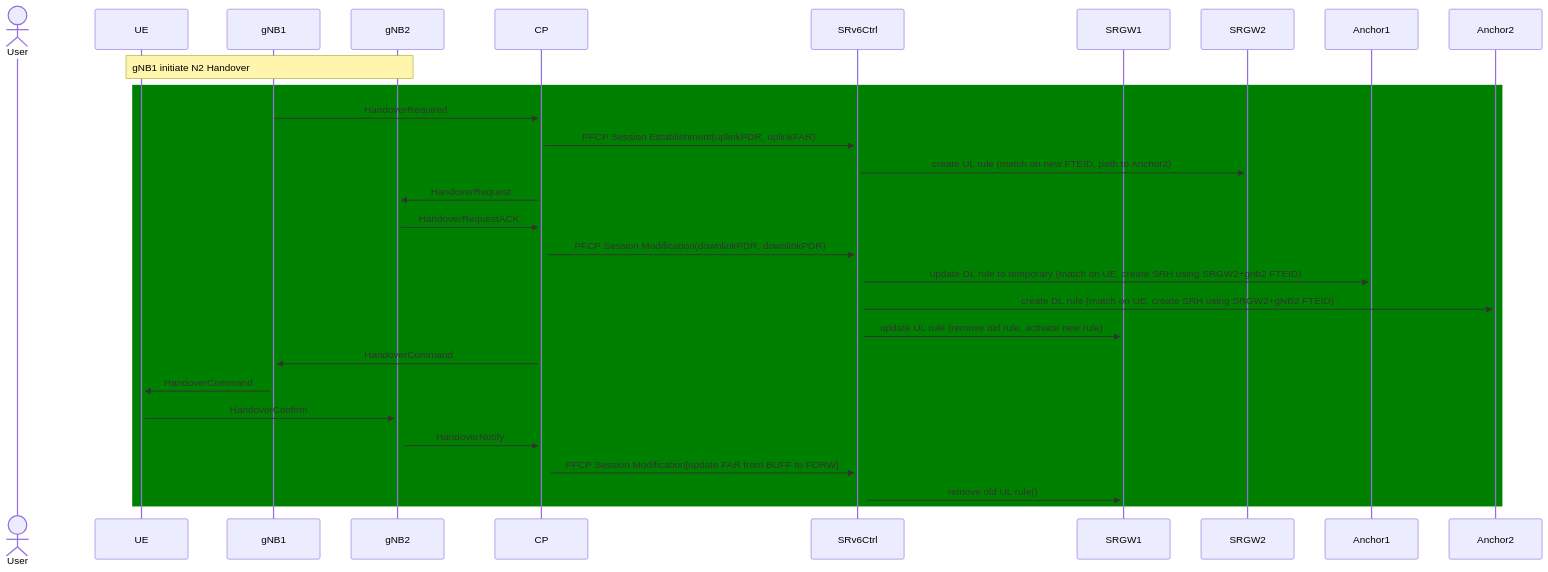
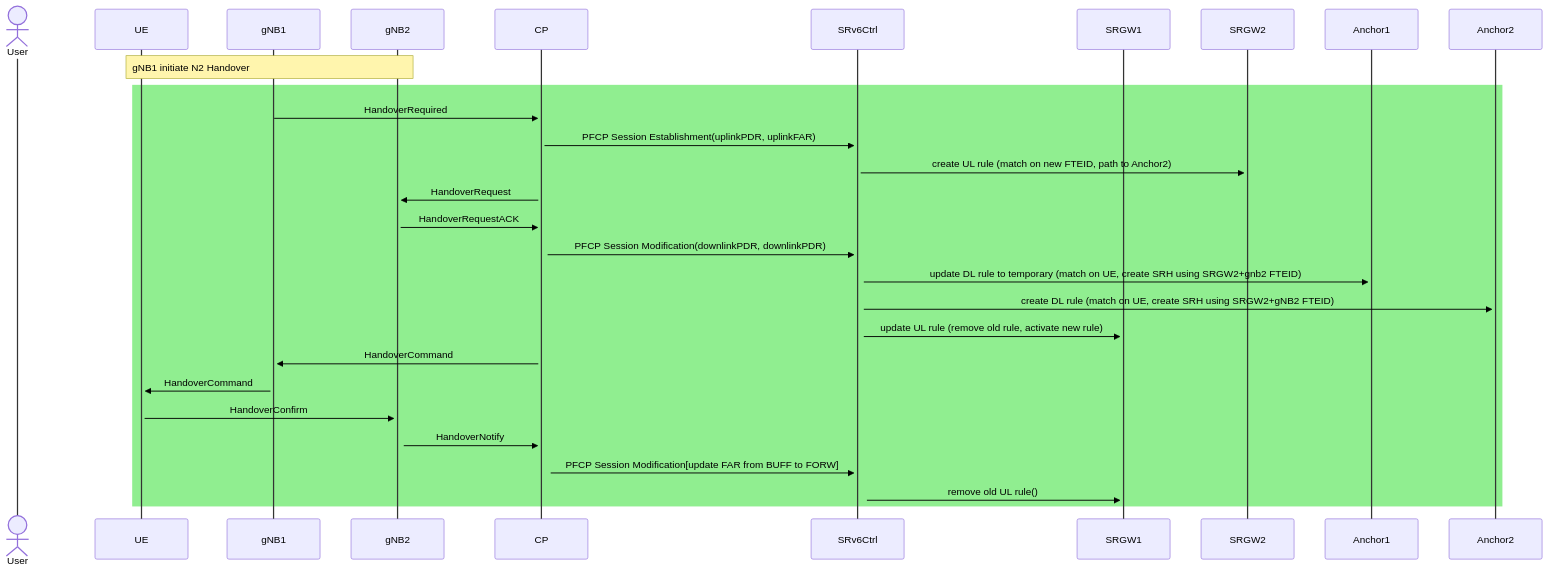
Before and after one commit to nextmn/testbed: the fifth of 5 diagrams in doc/nextmn-lite.md, drawn with Mermaid. The commit also changed other lines of this file, not shown here.

````diff
--- a/doc/nextmn-lite.md
+++ b/doc/nextmn-lite.md
@@ -142,33 +146,33 @@
 ```mermaid
-%%{init: { 'sequence': {'noteAlign': 'left'} }}%%
+%%{init: { 'sequence': {'noteAlign': 'left'} , 'themeVariables':{'actorLineColor': '#333333', 'signalColor': '#000000', 'signalTextColor':'#000000'} }}%%
 sequenceDiagram
 actor User
 participant UE
 participant gNB1
 participant gNB2
 participant CP
 participant SRv6Ctrl
 participant SRGW1
 participant SRGW2
 participant Anchor1
 participant Anchor2
 
 note over UE, gNB2: gNB1 initiate N2 Handover
-rect green
+rect LightGreen
     gNB1->>+CP: HandoverRequired
     CP->>+SRv6Ctrl: PFCP Session Establishment(uplinkPDR, uplinkFAR)
     SRv6Ctrl->>+SRGW2: create UL rule (match on new FTEID, path to Anchor2)
     CP->>+gNB2: HandoverRequest
     gNB2->>+CP: HandoverRequestACK
     CP->>+SRv6Ctrl: PFCP Session Modification(downlinkPDR, downlinkPDR)
     SRv6Ctrl->>+Anchor1: update DL rule to temporary (match on UE, create SRH using SRGW2+gnb2 FTEID)
     SRv6Ctrl->>+Anchor2: create DL rule (match on UE, create SRH using SRGW2+gNB2 FTEID)
     SRv6Ctrl->>+SRGW1: update UL rule (remove old rule, activate new rule)
     CP->>+gNB1: HandoverCommand
     gNB1->>+UE: HandoverCommand
     UE->>+gNB2: HandoverConfirm
     gNB2->>+CP: HandoverNotify
     CP->>+SRv6Ctrl: PFCP Session Modification[update FAR from BUFF to FORW]
     SRv6Ctrl->>+SRGW1: remove old UL rule()
 end
 ```
````
